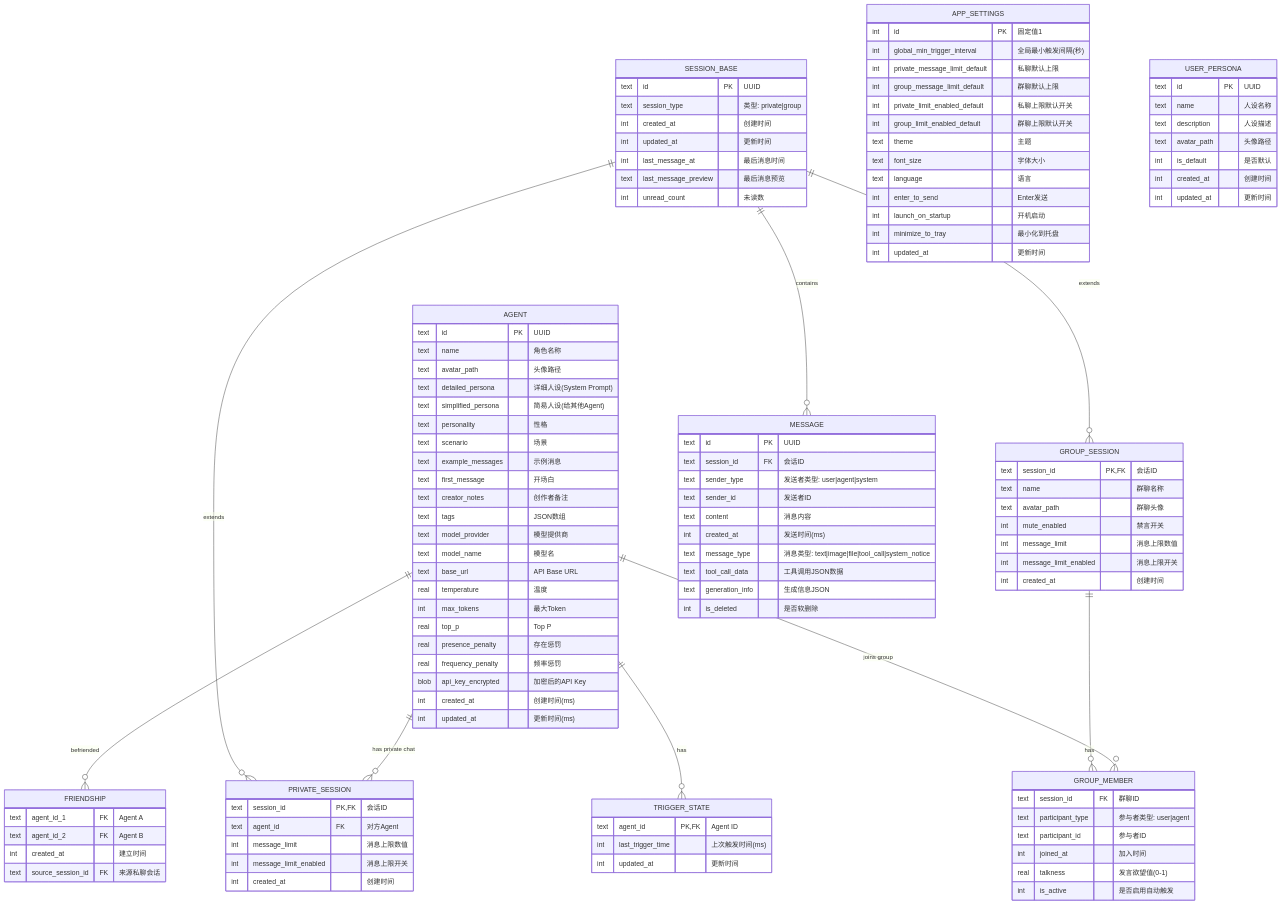
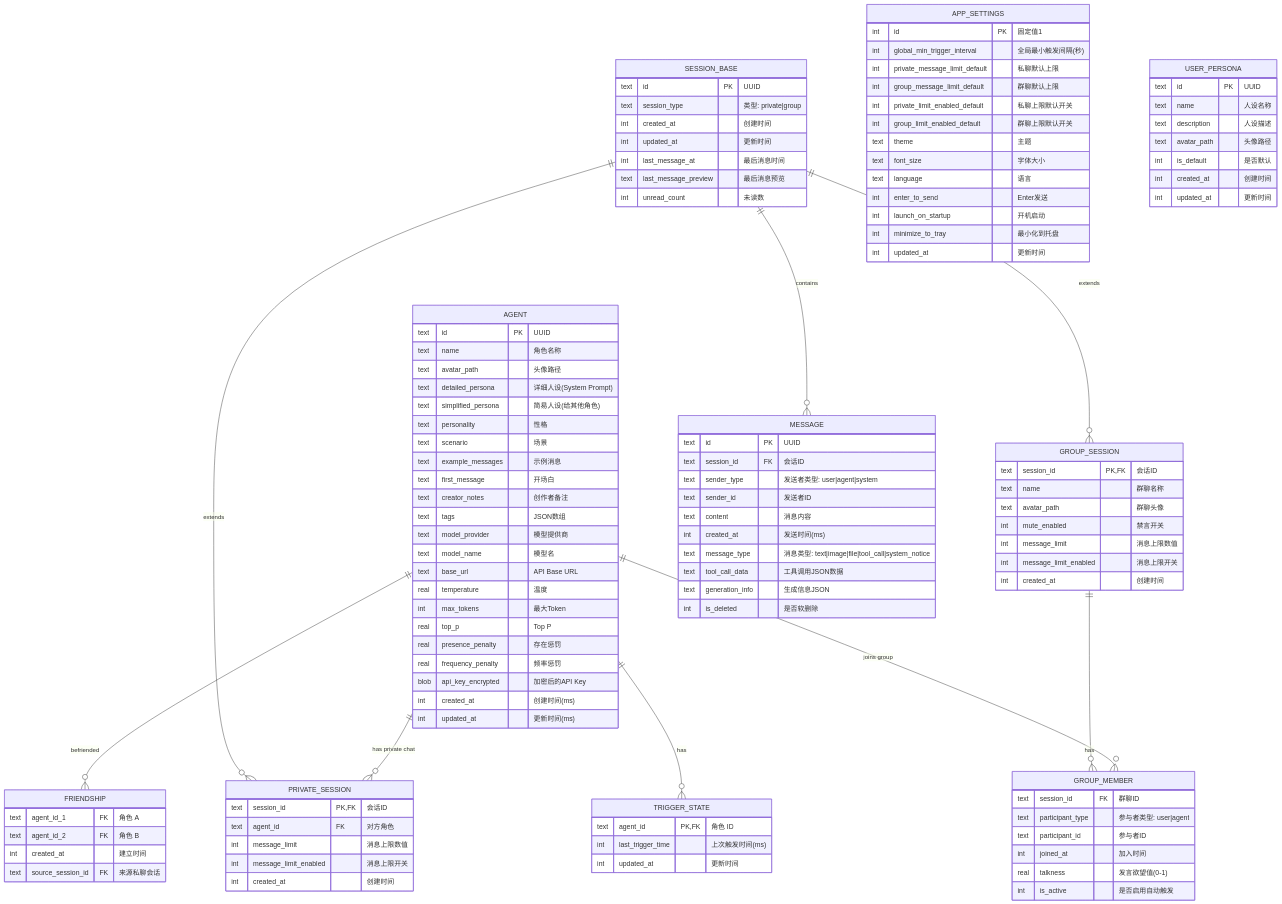
The diagram in docs/schema.md (SupaNeko/AgentStage), drawn with Mermaid before and after one commit. The commit also changed other lines of this file and 10 other files, not shown here.

Commit message:
refactor(ui): WeChat PC 3-column layout; rename Agent to 角色; add kimi/minimax providers; update persona examples

```diff
--- a/docs/schema.md
+++ b/docs/schema.md
@@ -36,7 +36,7 @@
         text name "角色名称"
         text avatar_path "头像路径"
         text detailed_persona "详细人设(System Prompt)"
-        text simplified_persona "简易人设(给其他Agent)"
+        text simplified_persona "简易人设(给其他角色)"
         text personality "性格"
         text scenario "场景"
         text example_messages "示例消息"
@@ -68,7 +68,7 @@
     
     PRIVATE_SESSION {
         text session_id PK,FK "会话ID"
-        text agent_id FK "对方Agent"
+        text agent_id FK "对方角色"
         int message_limit "消息上限数值"
         int message_limit_enabled "消息上限开关"
         int created_at "创建时间"
@@ -107,14 +107,14 @@
     }
     
     FRIENDSHIP {
-        text agent_id_1 FK "Agent A"
-        text agent_id_2 FK "Agent B"
+        text agent_id_1 FK "角色 A"
+        text agent_id_2 FK "角色 B"
         int created_at "建立时间"
         text source_session_id FK "来源私聊会话"
     }
     
     TRIGGER_STATE {
-        text agent_id PK,FK "Agent ID"
+        text agent_id PK,FK "角色 ID"
         int last_trigger_time "上次触发时间(ms)"
         int updated_at "更新时间"
     }
```
